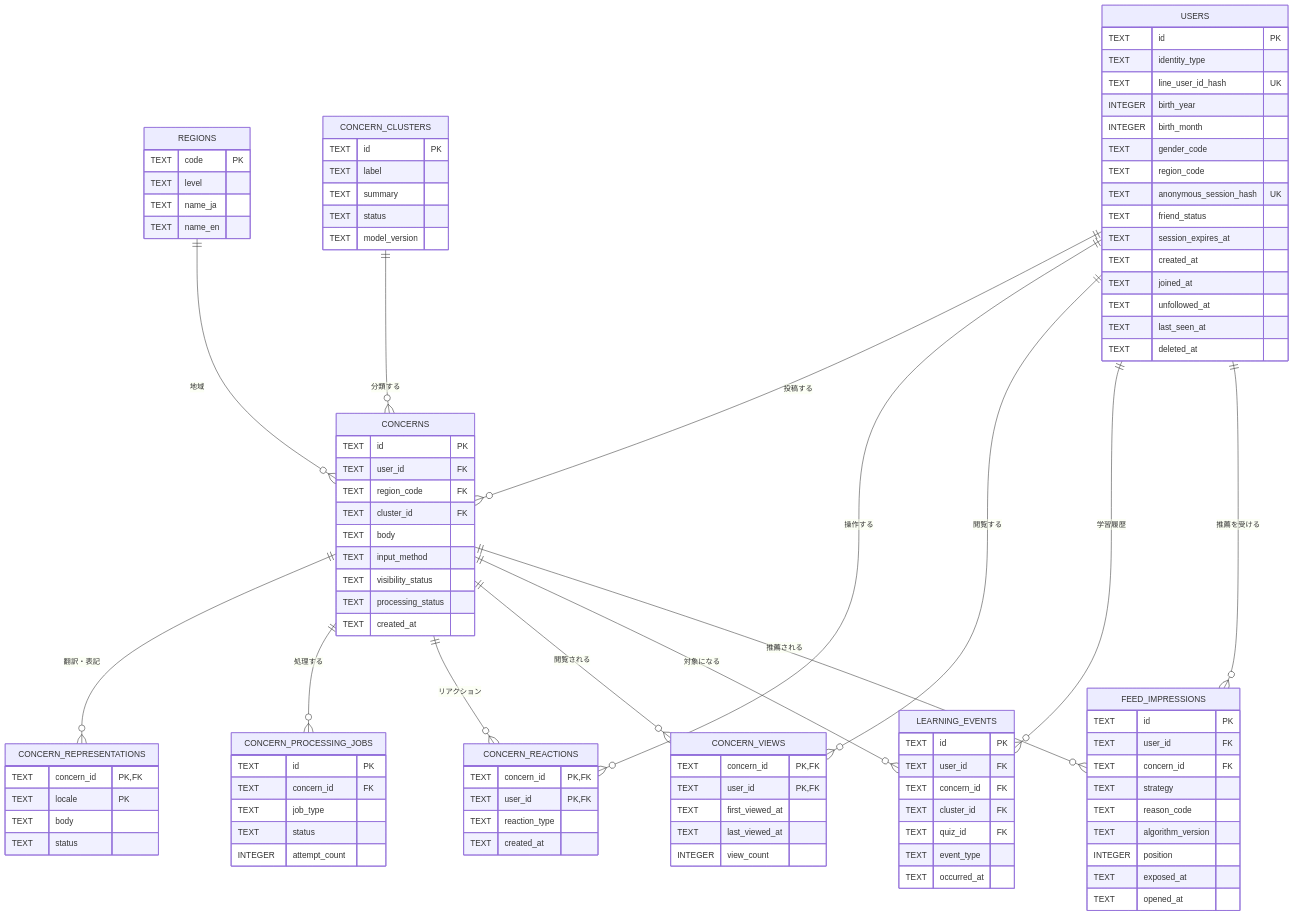
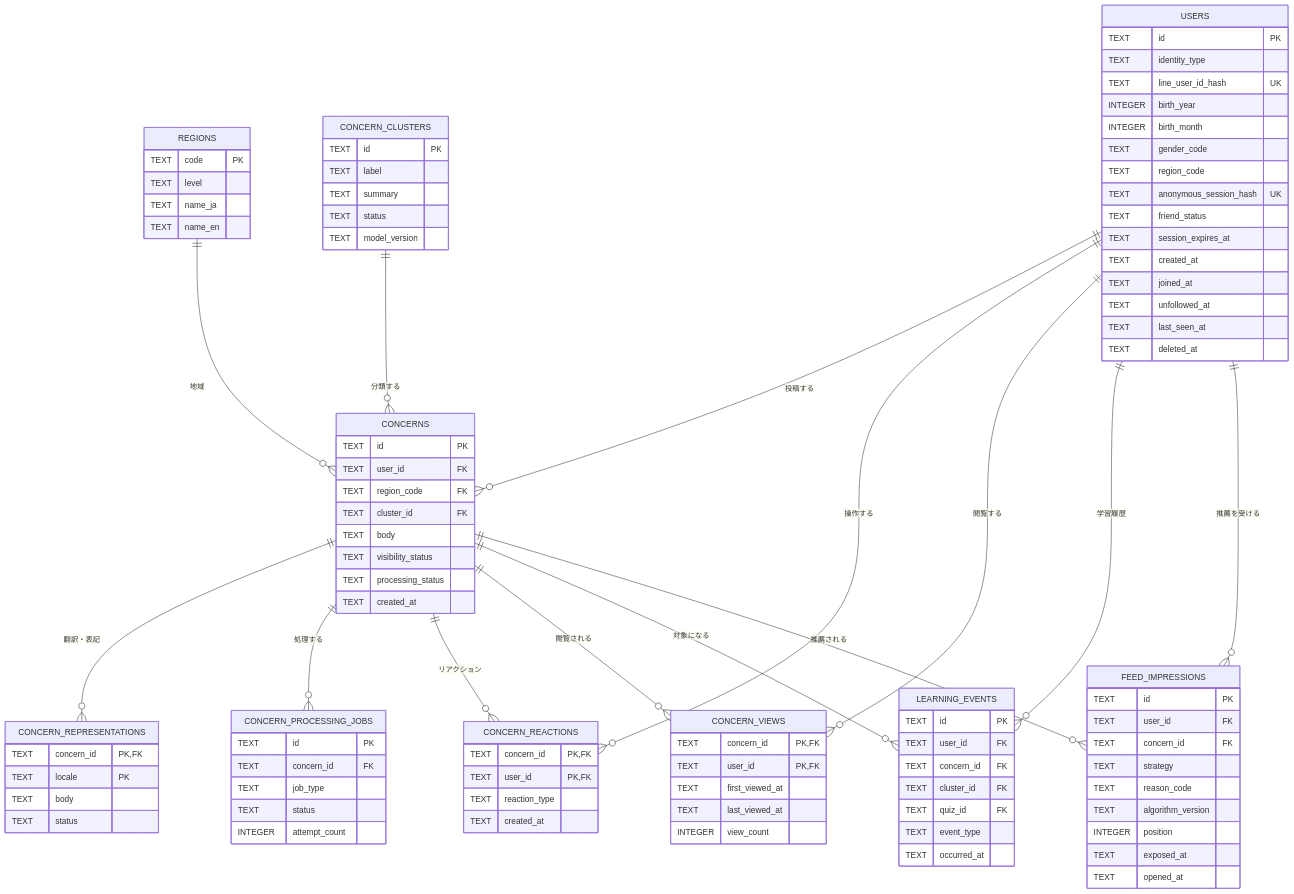
The first of 3 diagrams in docs/technical/database.md (Digix00/58-Hackathon-202609), drawn with Mermaid before and after one commit. The commit also changed other lines of this file and 16 other files, not shown here.

```diff
--- a/docs/technical/database.md
+++ b/docs/technical/database.md
@@ -104,7 +104,6 @@
     TEXT region_code FK
     TEXT cluster_id FK
     TEXT body
-    TEXT input_method
     TEXT visibility_status
     TEXT processing_status
     TEXT created_at
```
